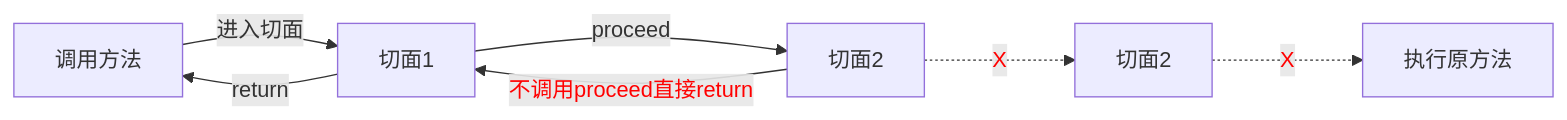
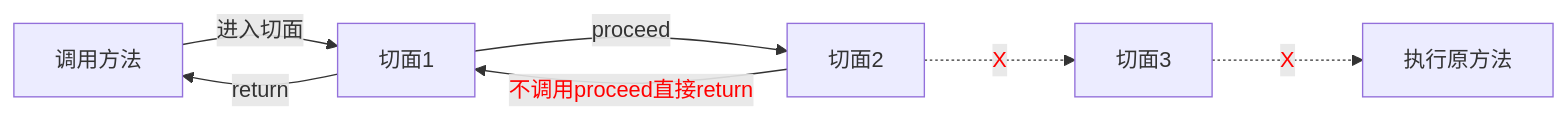
The third of 3 diagrams in docs/zh/ProceedJoinPoint.md (FlyJingFish/AndroidAOP), drawn with Mermaid before and after one commit. The commit also changed 1 other file, not shown here.

Commit message:
1、修改文档

````diff
--- a/docs/zh/ProceedJoinPoint.md
+++ b/docs/zh/ProceedJoinPoint.md
@@ -57,9 +57,9 @@
 ``` mermaid
 graph LR
 Call[调用方法] --> |进入切面| A[切面1];
 A --> |proceed| B[切面2];
-B -..-> |<span style='color:red'>X</span>| C[切面2];
+B -..-> |<span style='color:red'>X</span>| C[切面3];
 C -..-> |<span style='color:red'>X</span>| From[执行原方法];
 B --> |<span style='color:red'>不调用proceed直接return</span>| A;
 A --> |return| Call;
 ```
````
